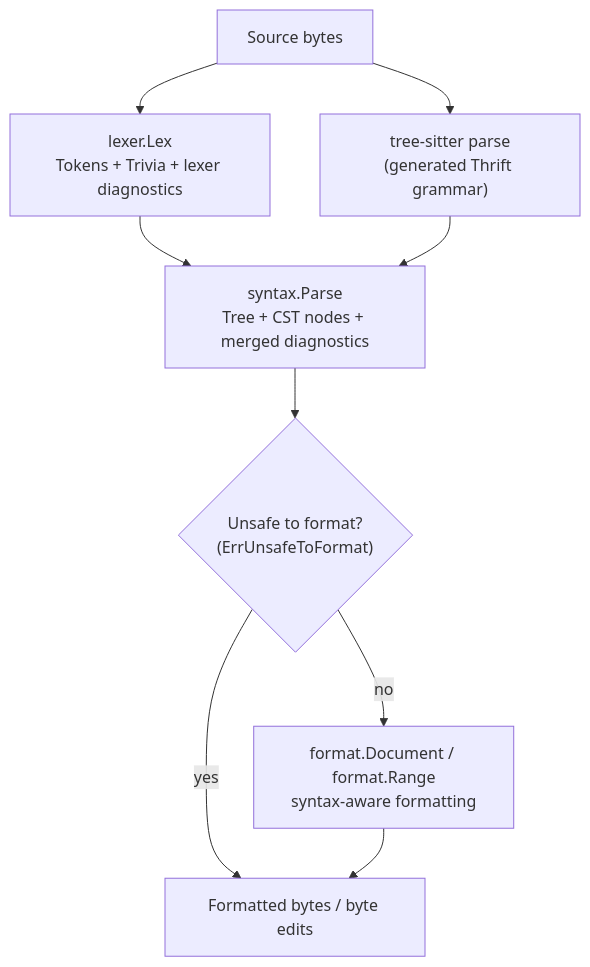
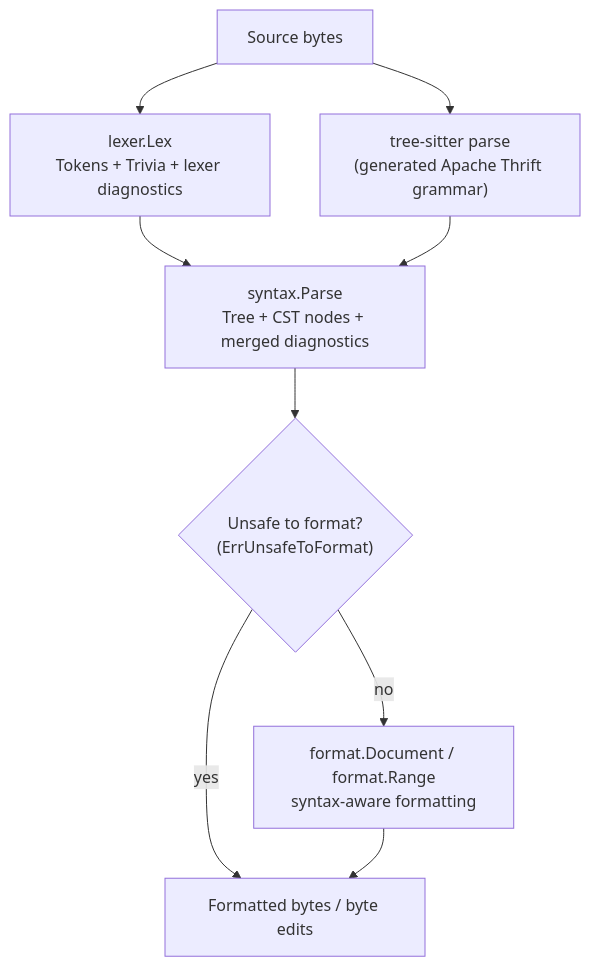
The second of 3 diagrams in docs/architecture.md (kpumuk/thrift-weaver), drawn with Mermaid before and after one commit. The commit also changed other lines of this file and 8 other files, not shown here.

````diff
--- a/docs/architecture.md
+++ b/docs/architecture.md
@@ -116,19 +116,19 @@
 ```mermaid
 flowchart TD
   SRC["Source bytes"]
   LEX["lexer.Lex<br/>Tokens + Trivia + lexer diagnostics"]
-  TS["tree-sitter parse<br/>(generated Thrift grammar)"]
+  TS["tree-sitter parse<br/>(generated Apache Thrift grammar)"]
   SYN["syntax.Parse<br/>Tree + CST nodes + merged diagnostics"]
   SAFE{"Unsafe to format?<br/>(ErrUnsafeToFormat)"}
   DOC["format.Document / format.Range<br/>syntax-aware formatting"]
   OUT["Formatted bytes / byte edits"]
 
   SRC --> LEX
   SRC --> TS
   LEX --> SYN
   TS --> SYN
   SYN --> SAFE
   SAFE -- yes --> OUT
   SAFE -- no --> DOC
   DOC --> OUT
 ```
````
